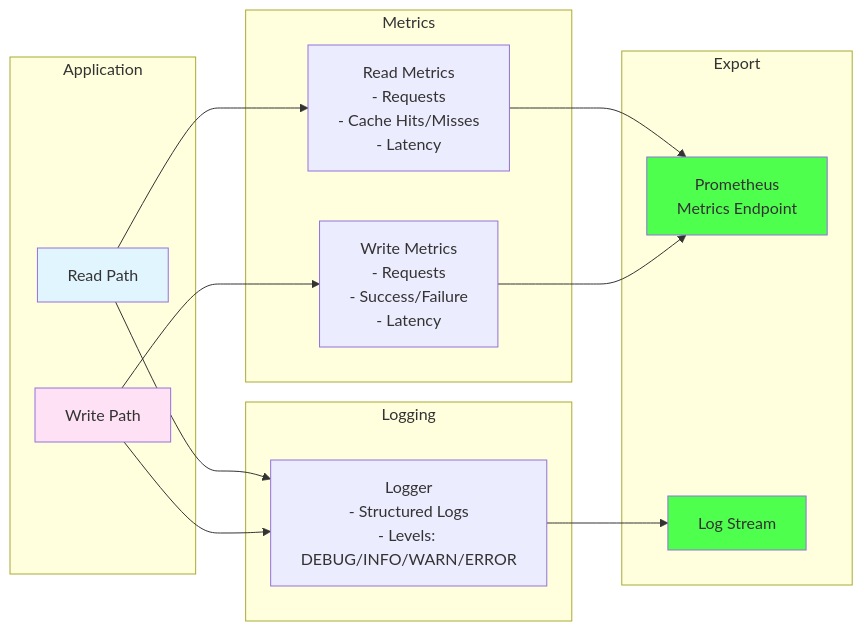
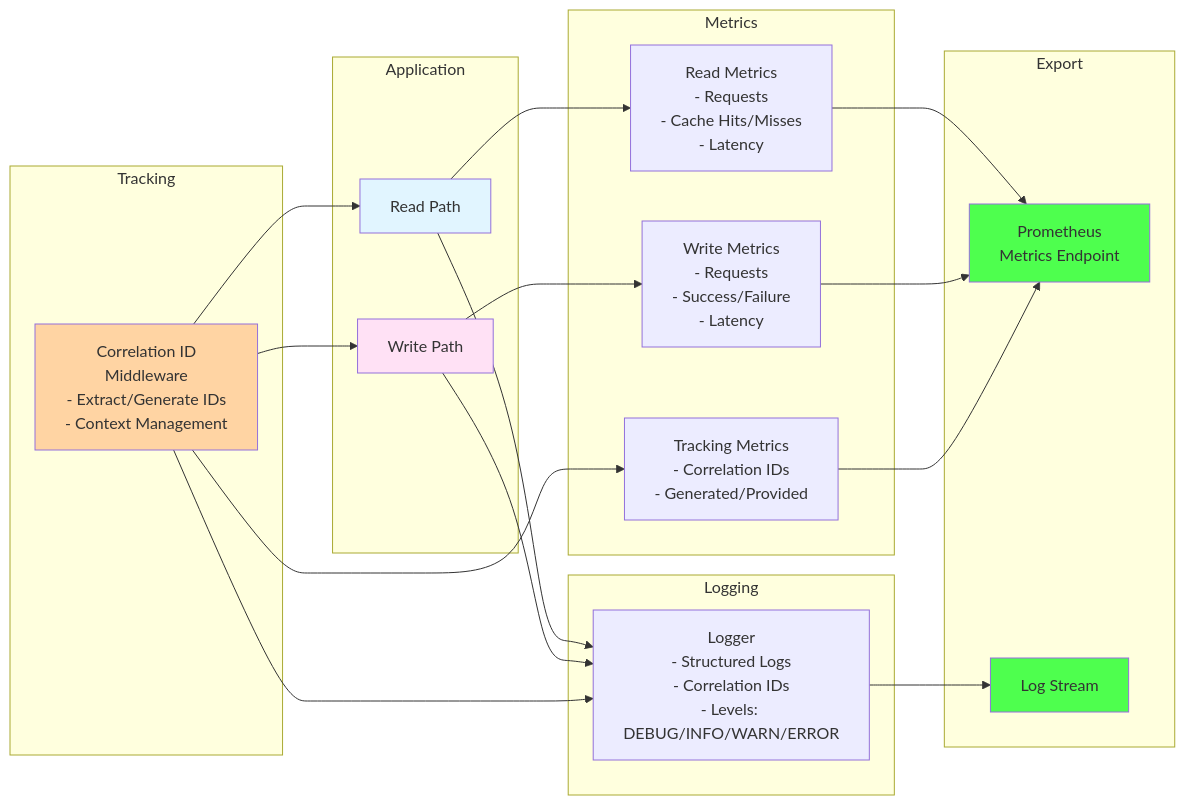
The tenth of 17 diagrams in architecture/diagrams.md (iamtahmad1/traffic-manager), drawn with Mermaid before and after one commit. The commit also changed other lines of this file and 17 other files, not shown here.

First line of the commit message:
feat: Add end-to-end request tracking with correlation IDs

````diff
--- a/architecture/diagrams.md
+++ b/architecture/diagrams.md
@@ -414,35 +441,46 @@
 ```mermaid
 graph LR
     subgraph "Application"
         RP[Read Path]
         WP[Write Path]
     end
     
     subgraph "Metrics"
         RM[Read Metrics<br/>- Requests<br/>- Cache Hits/Misses<br/>- Latency]
         WM[Write Metrics<br/>- Requests<br/>- Success/Failure<br/>- Latency]
+        TM[Tracking Metrics<br/>- Correlation IDs<br/>- Generated/Provided]
     end
     
     subgraph "Logging"
-        LG[Logger<br/>- Structured Logs<br/>- Levels: DEBUG/INFO/WARN/ERROR]
+        LG[Logger<br/>- Structured Logs<br/>- Correlation IDs<br/>- Levels: DEBUG/INFO/WARN/ERROR]
+    end
+    
+    subgraph "Tracking"
+        TR[Correlation ID<br/>Middleware<br/>- Extract/Generate IDs<br/>- Context Management]
     end
     
     subgraph "Export"
         PM[Prometheus<br/>Metrics Endpoint]
         LS[Log Stream]
     end
     
+    TR --> RP
+    TR --> WP
     RP --> RM
     WP --> WM
+    TR --> TM
     RP --> LG
     WP --> LG
+    TR --> LG
     
     RM --> PM
     WM --> PM
+    TM --> PM
     LG --> LS
     
     style RP fill:#e1f5ff
     style WP fill:#ffe1f5
+    style TR fill:#ffd4a3
     style PM fill:#4eff4e
     style LS fill:#4eff4e
 ```
````
